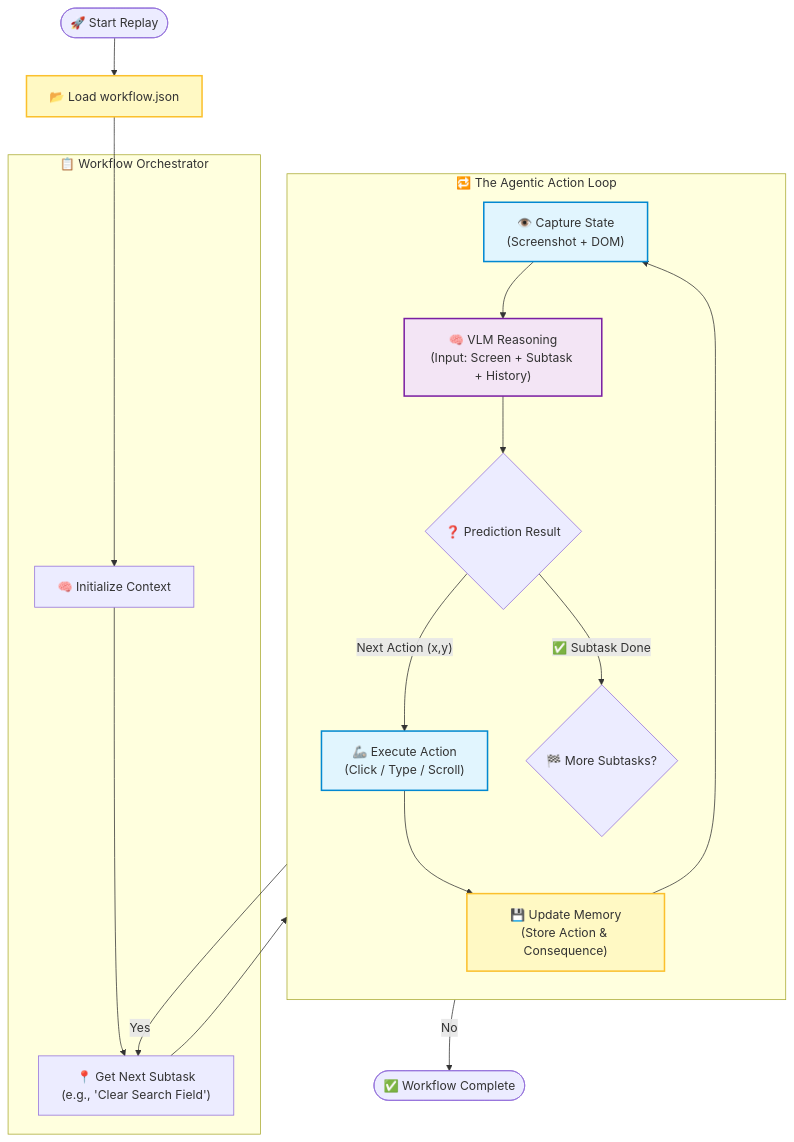
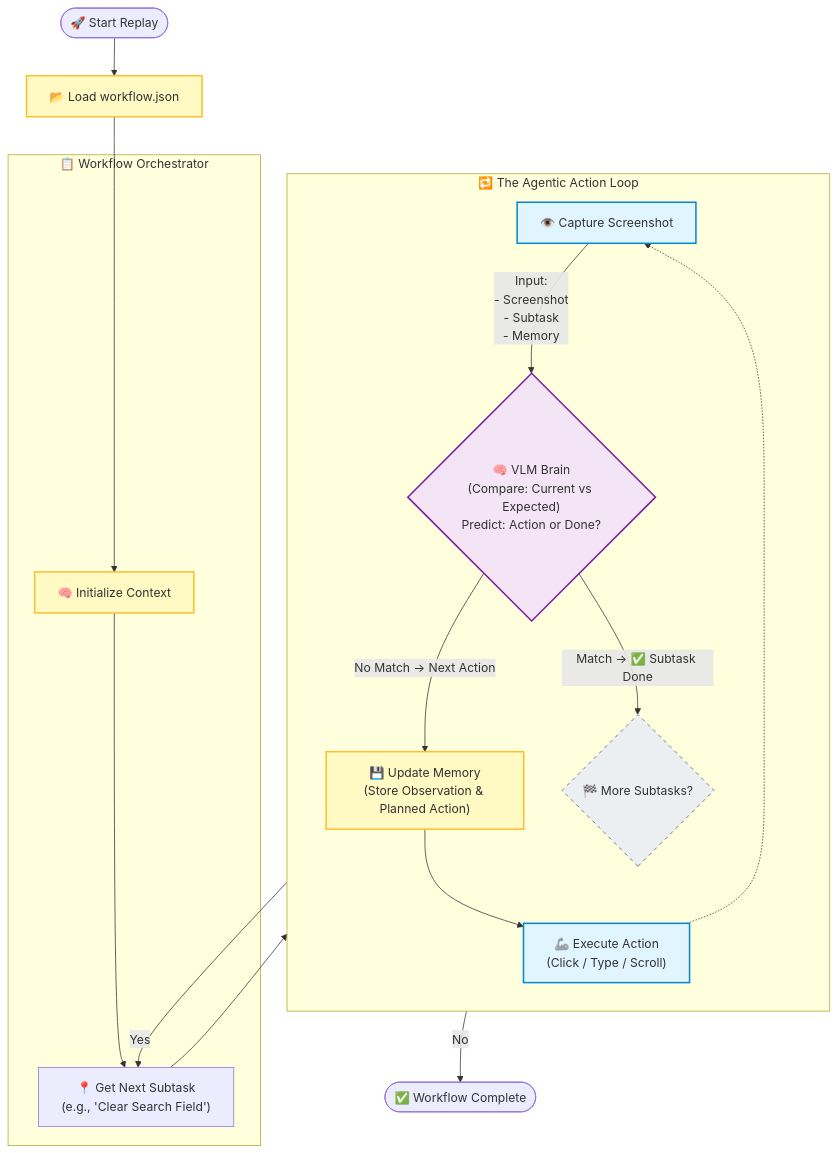
One commit to prakhar1114/ai_mime changed the second of 2 diagrams in README.md. Above: the diagram before and after it, drawn with Mermaid.

Commit message:
updated mermaid diagram

````diff
--- a/README.md
+++ b/README.md
@@ -91,46 +91,48 @@
 ```mermaid
 graph TD
     %% SETUP
     Start([🚀 Start Replay]) --> LoadJSON["📂 Load workflow.json"]
     LoadJSON --> InitMem["🧠 Initialize Context"]
 
     %% OUTER LOOP: ORCHESTRATOR
     subgraph FlowControl [" 📋 Workflow Orchestrator "]
         InitMem --> GetSubtask["📍 Get Next Subtask<br/>(e.g., 'Clear Search Field')"]
     end
 
     %% INNER LOOP: AGENTIC EXECUTION
     subgraph AgentLoop [" 🔁 The Agentic Action Loop "]
         direction TB
 
         %% 1. OBSERVE
-        GetSubtask --> Capture["👁️ Capture State<br/>(Screenshot + DOM)"]
+        GetSubtask --> Capture["👁️ Capture Screenshot"]
+
+        %% LOOP BACK (Left Side)
+        Execute -.-> Capture
 
         %% 2. REASONING
-        Capture --> VLM["🧠 VLM Reasoning<br/>(Input: Screen + Subtask + History)"]
+        Capture -- "Input:<br/>- Screenshot<br/>- Subtask<br/>- Memory" --> VLM{"🧠 VLM Brain<br/>(Compare: Current vs Expected)<br/>Predict: Action or Done?"}
 
-        %% 3. DECISION POINT
-        VLM --> Decision{❓ Prediction Result}
+        %% PATH A: ACTION NEEDED (Main Vertical Flow)
+        VLM -- "No Match -> Next Action" --> UpdateMem["💾 Update Memory<br/>(Store Observation & Planned Action)"]
+        UpdateMem --> Execute["🦾 Execute Action<br/>(Click / Type / Scroll)"]
 
-        %% PATH A: DO WORK (Not Done Yet)
-        Decision -- "Next Action (x,y)" --> Execute["🦾 Execute Action<br/>(Click / Type / Scroll)"]
-        Execute --> UpdateMem["💾 Update Memory<br/>(Store Action & Consequence)"]
-        UpdateMem --> Capture
 
-        %% PATH B: SUBTASK COMPLETE
-        Decision -- "✅ Subtask Done" --> CheckFlow{🏁 More Subtasks?}
+        %% PATH B: SUBTASK COMPLETE (Exit Right)
+        VLM -- "Match -> ✅ Subtask Done" --> CheckFlow{"🏁 More Subtasks?"}
     end
 
     %% FLOW CONTROL
     CheckFlow -- Yes --> GetSubtask
     CheckFlow -- No --> Finish([✅ Workflow Complete])
 
     %% STYLING
     classDef brain fill:#f3e5f5,stroke:#7b1fa2,stroke-width:2px;
     classDef sensor fill:#e1f5fe,stroke:#0288d1,stroke-width:2px;
     classDef memory fill:#fff9c4,stroke:#fbc02d,stroke-width:2px;
+    classDef control fill:#eceff1,stroke:#455a64,stroke-width:1px,stroke-dasharray: 5 5;
 
     class VLM brain;
     class Capture,Execute sensor;
-    class UpdateMem,LoadJSON memory;
+    class UpdateMem,LoadJSON,InitMem memory;
+    class CheckFlow control;
 ```
````
